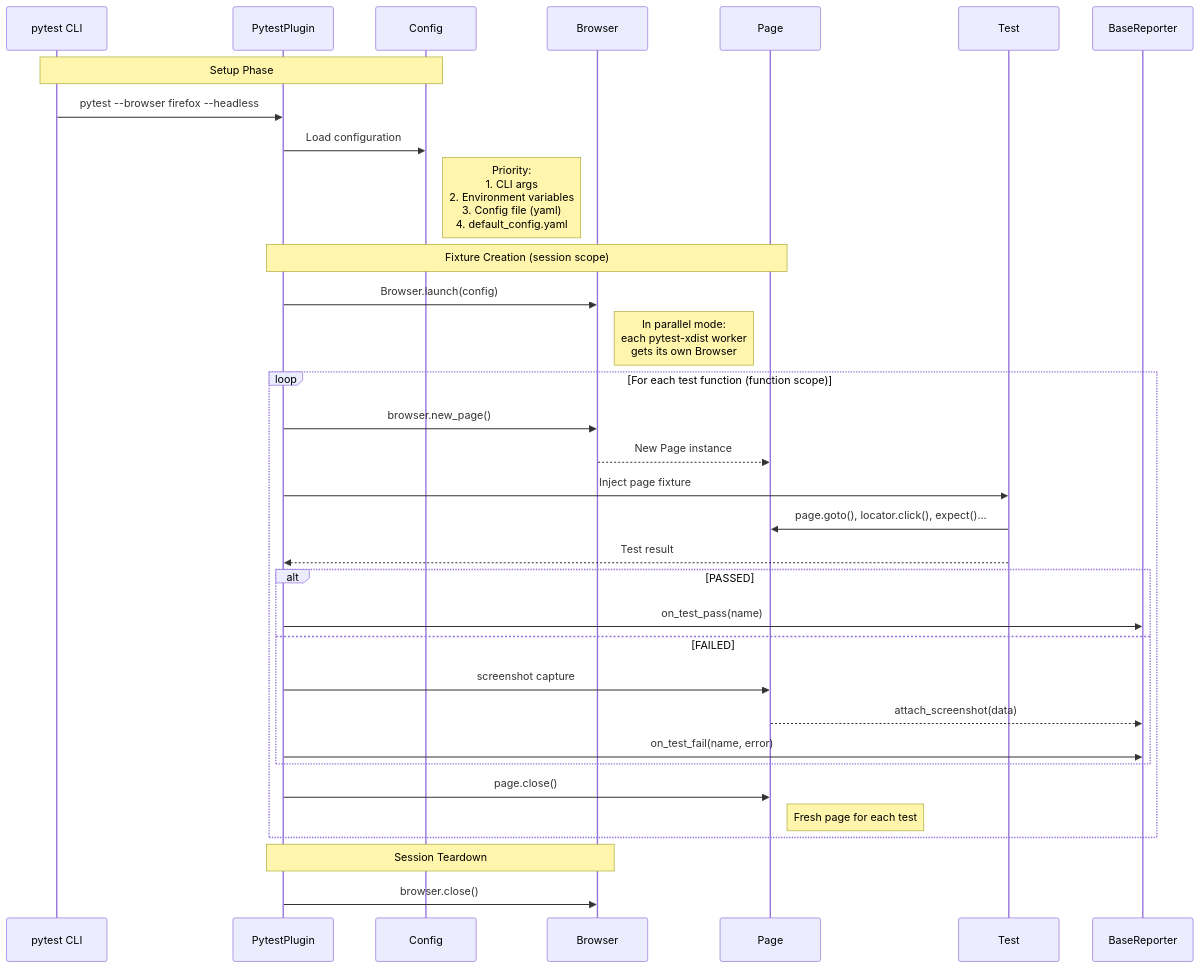
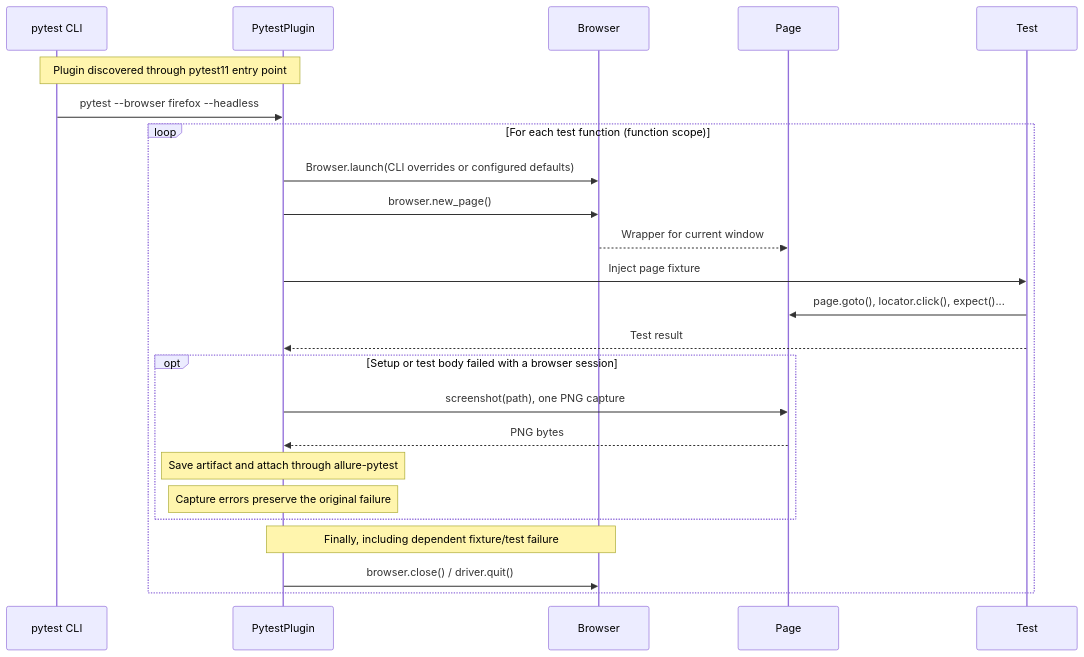
One commit to AGDthuannguyen/Sele3-Aug2026 changed the diagram in diagram/lifecycle.md. Above: the diagram before and after it, drawn with Mermaid. The commit also changed 19 other files, not shown here.

First line of the commit message:
Phase 4: Test Infrastructure (Page Objects, Pytest Fixtures, Reporting & CI) (#4)

````diff
--- a/diagram/lifecycle.md
+++ b/diagram/lifecycle.md
@@ -1,42 +1,32 @@
 ```mermaid
 sequenceDiagram
     participant CLI as pytest CLI
     participant Plugin as PytestPlugin
-    participant Config
     participant Browser
     participant Page
     participant Test
-    participant Reporter as BaseReporter
 
-    Note over CLI,Config: Setup Phase
+    Note over CLI,Plugin: Plugin discovered through pytest11 entry point
     CLI->>Plugin: pytest --browser firefox --headless
-    Plugin->>Config: Load configuration
-    Note right of Config: Priority:<br/>1. CLI args<br/>2. Environment variables<br/>3. Config file (yaml)<br/>4. default_config.yaml
-
-    Note over Plugin,Page: Fixture Creation (session scope)
-    Plugin->>Browser: Browser.launch(config)
-    Note right of Browser: In parallel mode:<br/>each pytest-xdist worker<br/>gets its own Browser
 
     loop For each test function (function scope)
+        Plugin->>Browser: Browser.launch(CLI overrides or configured defaults)
         Plugin->>Browser: browser.new_page()
-        Browser-->>Page: New Page instance
+        Browser-->>Page: Wrapper for current window
 
         Plugin->>Test: Inject page fixture
         Test->>Page: page.goto(), locator.click(), expect()...
         Test-->>Plugin: Test result
 
-        alt PASSED
-            Plugin->>Reporter: on_test_pass(name)
-        else FAILED
-            Plugin->>Page: screenshot capture
-            Page-->>Reporter: attach_screenshot(data)
-            Plugin->>Reporter: on_test_fail(name, error)
+        opt Setup or test body failed with a browser session
+            Plugin->>Page: screenshot(path), one PNG capture
+            Page-->>Plugin: PNG bytes
+            Note over Plugin: Save artifact and attach through allure-pytest
+            Note over Plugin: Capture errors preserve the original failure
         end
 
-        Plugin->>Page: page.close()
-        Note right of Page: Fresh page for each test
+        Note over Plugin,Browser: Finally, including dependent fixture/test failure
+        Plugin->>Browser: browser.close() / driver.quit()
     end
 
-    Note over Plugin,Browser: Session Teardown
-    Plugin->>Browser: browser.close()
 ```
````
